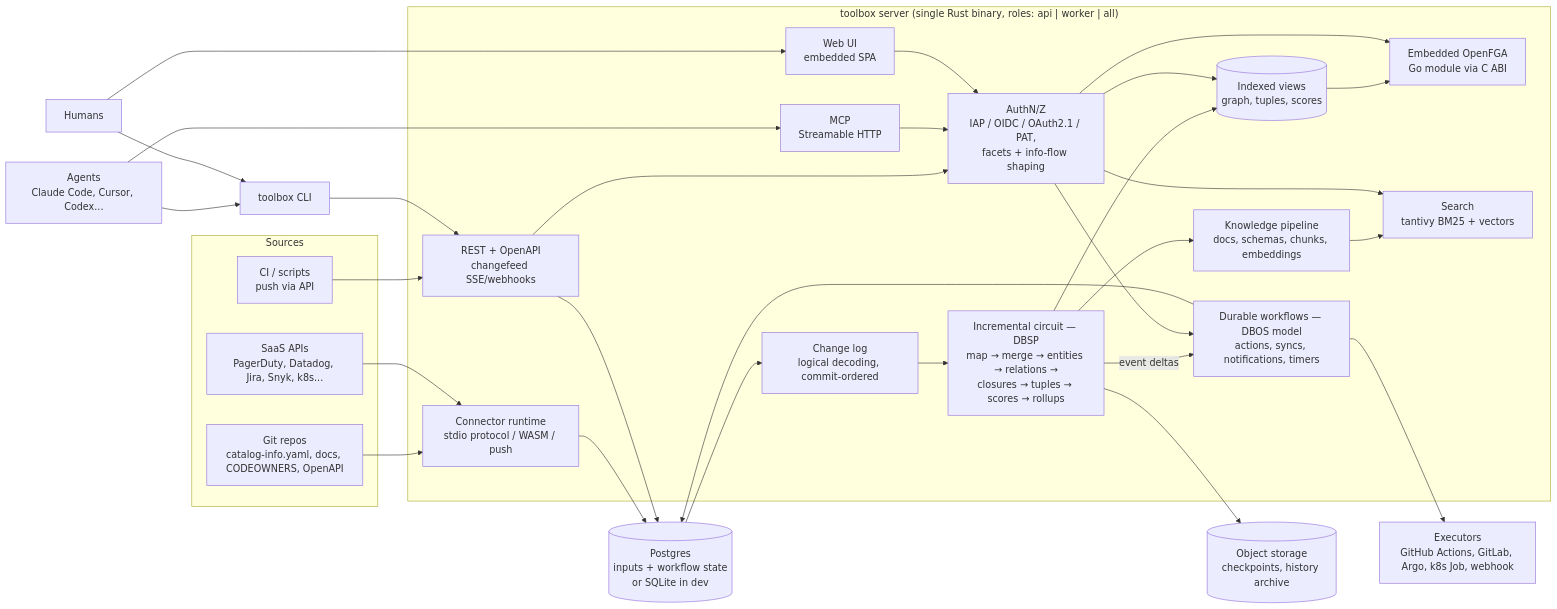
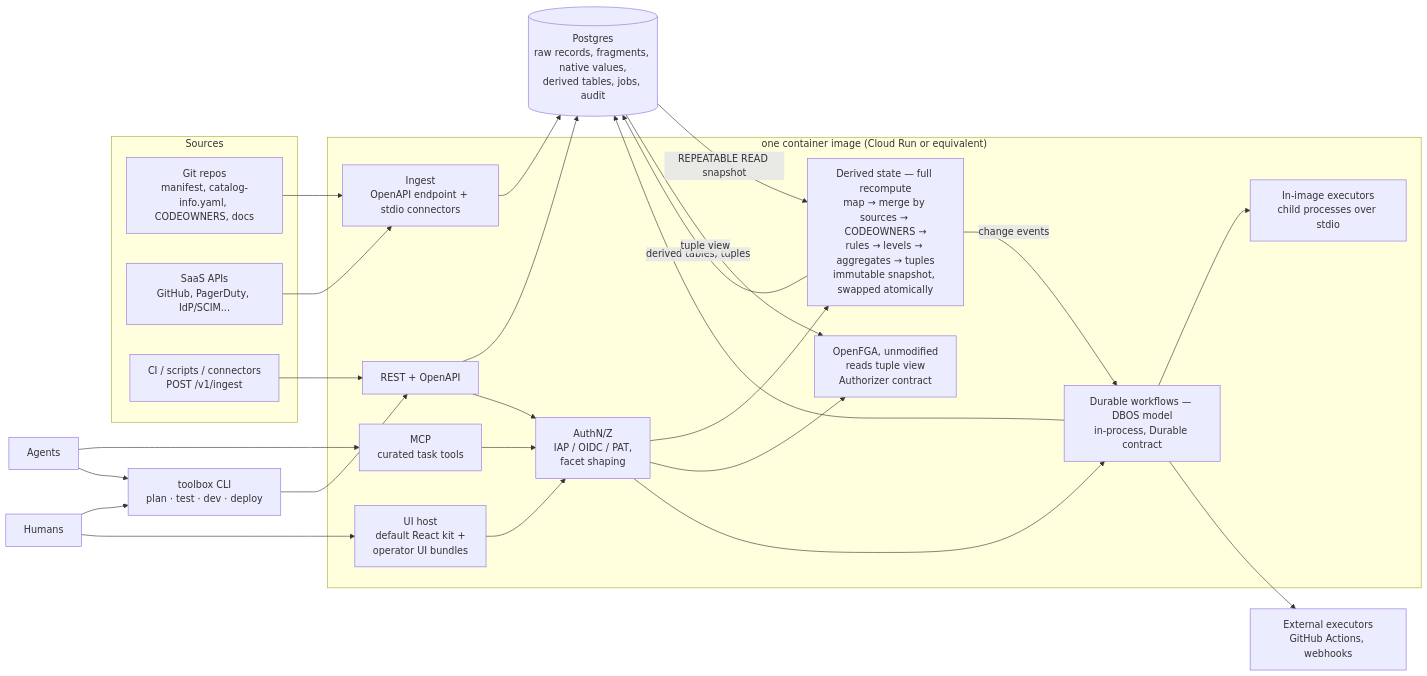
The diagram in docs/plan.md (loganvolkers/toolbox), drawn with Mermaid before and after one commit. The commit also changed other lines of this file and 13 other files, not shown here.

First line of the commit message:
Add charter goals and adopt the minimal architecture as the v1 baseline

````diff
--- a/docs/plan.md
+++ b/docs/plan.md
@@ -230,42 +260,38 @@
 ```mermaid
 flowchart LR
   subgraph Sources
-    GIT[Git repos<br/>catalog-info.yaml, docs, CODEOWNERS, OpenAPI]
-    SAAS[SaaS APIs<br/>PagerDuty, Datadog, Jira, Snyk, k8s...]
-    PUSH[CI / scripts<br/>push via API]
+    GIT[Git repos<br/>manifest, catalog-info.yaml, CODEOWNERS, docs]
+    SAAS[SaaS APIs<br/>GitHub, PagerDuty, IdP/SCIM...]
+    PUSH[CI / scripts / connectors<br/>POST /v1/ingest]
   end
-  subgraph Toolbox["toolbox server (single Rust binary, roles: api | worker | all)"]
-    CR[Connector runtime<br/>stdio protocol / WASM / push]
-    LOG[Change log<br/>logical decoding, commit-ordered]
-    IVM[Incremental circuit — DBSP<br/>map → merge → entities → relations →<br/>closures → tuples → scores → rollups]
-    G[(Indexed views<br/>graph, tuples, scores)]
-    FGA[Embedded OpenFGA<br/>Go module via C ABI]
-    WF[Durable workflows — DBOS model<br/>actions, syncs, notifications, timers]
-    KN[Knowledge pipeline<br/>docs, schemas, chunks, embeddings]
-    S[Search<br/>tantivy BM25 + vectors]
-    AZ[AuthN/Z<br/>IAP / OIDC / OAuth2.1 / PAT,<br/>facets + info-flow shaping]
-    API[REST + OpenAPI<br/>changefeed SSE/webhooks]
-    MCP[MCP<br/>Streamable HTTP]
-    UI[Web UI<br/>embedded SPA]
+  subgraph Image["one container image (Cloud Run or equivalent)"]
+    ING[Ingest<br/>OpenAPI endpoint + stdio connectors]
+    DER[Derived state — full recompute<br/>map → merge by sources → CODEOWNERS →<br/>rules → levels → aggregates → tuples<br/>immutable snapshot, swapped atomically]
+    FGA[OpenFGA, unmodified<br/>reads tuple view<br/>Authorizer contract]
+    WF[Durable workflows — DBOS model<br/>in-process, Durable contract]
+    EXE[In-image executors<br/>child processes over stdio]
+    AZ[AuthN/Z<br/>IAP / OIDC / PAT,<br/>facet shaping]
+    API[REST + OpenAPI]
+    MCP[MCP<br/>curated task tools]
+    UI[UI host<br/>default React kit +<br/>operator UI bundles]
   end
-  PG[(Postgres<br/>inputs + workflow state<br/>or SQLite in dev)]
-  OBJ[(Object storage<br/>checkpoints, history archive)]
-  EXE[Executors<br/>GitHub Actions, GitLab, Argo, k8s Job, webhook]
-  CLI[toolbox CLI]
-  AG[Agents<br/>Claude Code, Cursor, Codex...]
+  PG[(Postgres<br/>raw records, fragments, native values,<br/>derived tables, jobs, audit)]
+  EXT[External executors<br/>GitHub Actions, webhooks]
+  CLI[toolbox CLI<br/>plan · test · dev · deploy]
+  AG[Agents]
   H[Humans]
 
-  GIT & SAAS --> CR --> PG
+  GIT & SAAS --> ING --> PG
   PUSH --> API --> PG
-  PG --> LOG --> IVM --> G
-  IVM --> KN --> S
-  IVM --> OBJ
-  IVM -- event deltas --> WF --> EXE
+  PG -- REPEATABLE READ snapshot --> DER
+  DER -- derived tables, tuples --> PG
+  PG -- tuple view --> FGA
+  DER -- change events --> WF
+  WF --> EXE & EXT
   WF --> PG
-  G --> FGA
   API & MCP & UI --> AZ
-  AZ --> G & FGA & S & WF
+  AZ --> DER & FGA & WF
   AG --> MCP
   AG & H --> CLI --> API
   H --> UI
 ```
````
